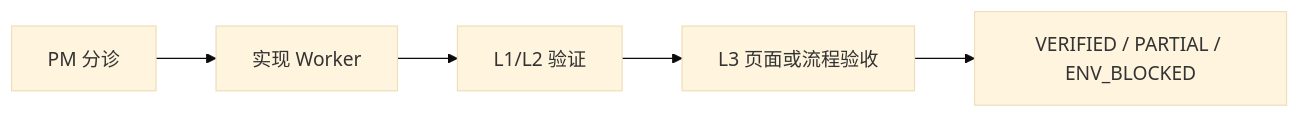
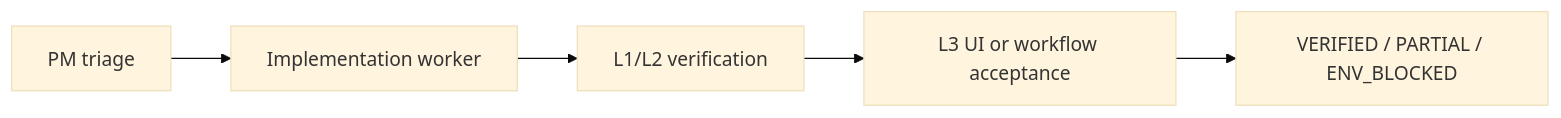
The first of 4 diagrams in README.md (wz-gis/pm-dispatch-development), drawn with Mermaid (base theme) before and after one commit. The commit also changed other lines of this file, not shown here.

````diff
--- a/README.md
+++ b/README.md
@@ -237,7 +248,7 @@
 ```mermaid
 flowchart LR
-    A["PM 分诊"] --> B["实现 Worker"]
-    B --> C["L1/L2 验证"]
-    C --> D["L3 页面或流程验收"]
+    A["PM triage"] --> B["Implementation worker"]
+    B --> C["L1/L2 verification"]
+    C --> D["L3 UI or workflow acceptance"]
     D --> E["VERIFIED / PARTIAL / ENV_BLOCKED"]
 ```
````
